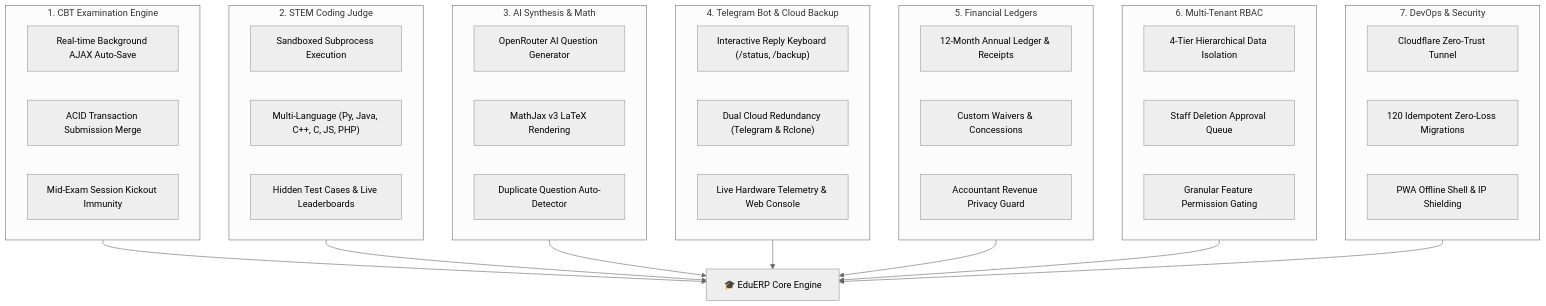
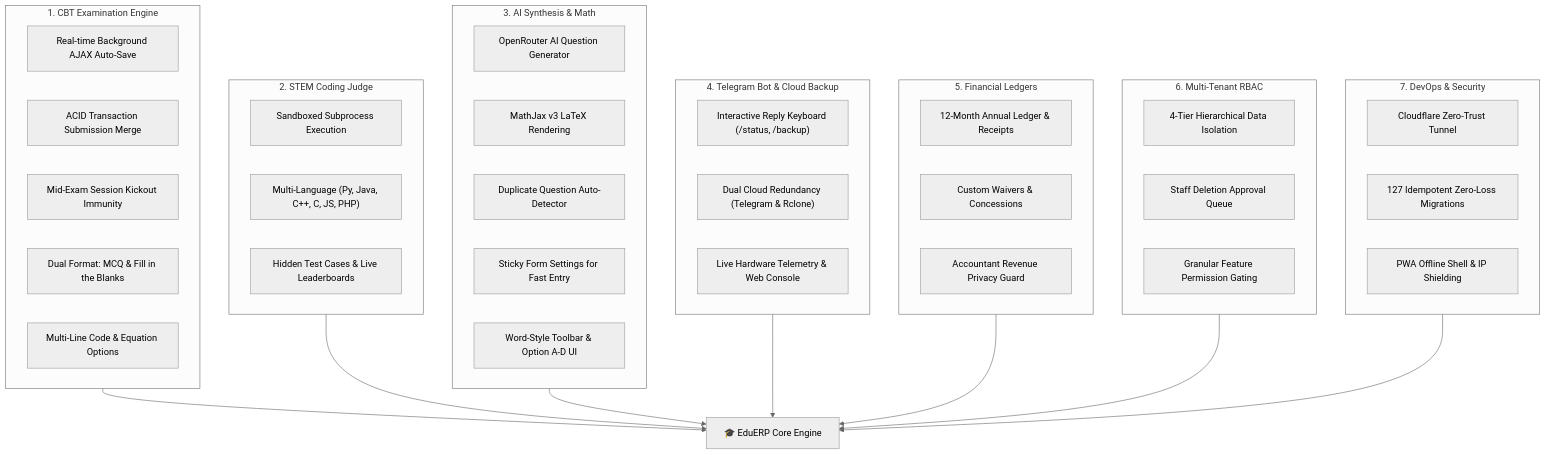
The first of 2 diagrams in README.md (shreyannag/EduERP), drawn with Mermaid (neutral theme) before and after one commit. The commit also changed other lines of this file, not shown here.

Commit message:
docs: Update README.md with Fill-in-Blanks, multi-line options, sticky form settings & Word toolbar

````diff
--- a/README.md
+++ b/README.md
@@ -69,46 +69,50 @@
 ```mermaid
 flowchart TD
     subgraph P1["1. CBT Examination Engine"]
         A1["Real-time Background AJAX Auto-Save"]
         A2["ACID Transaction Submission Merge"]
         A3["Mid-Exam Session Kickout Immunity"]
+        A4["Dual Format: MCQ & Fill in the Blanks"]
+        A5["Multi-Line Code & Equation Options"]
     end
 
     subgraph P2["2. STEM Coding Judge"]
         B1["Sandboxed Subprocess Execution"]
         B2["Multi-Language (Py, Java, C++, C, JS, PHP)"]
         B3["Hidden Test Cases & Live Leaderboards"]
     end
 
     subgraph P3["3. AI Synthesis & Math"]
         C1["OpenRouter AI Question Generator"]
         C2["MathJax v3 LaTeX Rendering"]
         C3["Duplicate Question Auto-Detector"]
+        C4["Sticky Form Settings for Fast Entry"]
+        C5["Word-Style Toolbar & Option A-D UI"]
     end
 
     subgraph P4["4. Telegram Bot & Cloud Backup"]
         D1["Interactive Reply Keyboard (/status, /backup)"]
         D2["Dual Cloud Redundancy (Telegram & Rclone)"]
         D3["Live Hardware Telemetry & Web Console"]
     end
 
     subgraph P5["5. Financial Ledgers"]
         E1["12-Month Annual Ledger & Receipts"]
         E2["Custom Waivers & Concessions"]
         E3["Accountant Revenue Privacy Guard"]
     end
 
     subgraph P6["6. Multi-Tenant RBAC"]
         F1["4-Tier Hierarchical Data Isolation"]
         F2["Staff Deletion Approval Queue"]
         F3["Granular Feature Permission Gating"]
     end
 
     subgraph P7["7. DevOps & Security"]
         G1["Cloudflare Zero-Trust Tunnel"]
-        G2["120 Idempotent Zero-Loss Migrations"]
+        G2["127 Idempotent Zero-Loss Migrations"]
         G3["PWA Offline Shell & IP Shielding"]
     end
 
     P1 & P2 & P3 & P4 & P5 & P6 & P7 --> CORE["🎓 EduERP Core Engine"]
 ```
````
